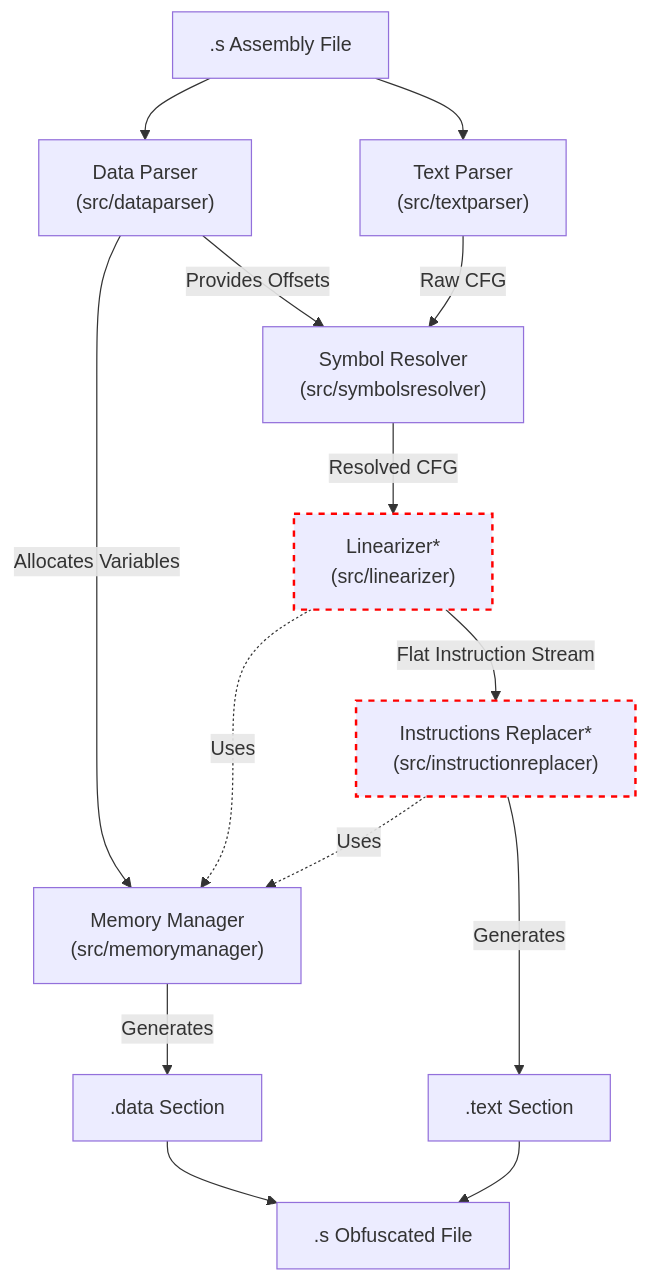
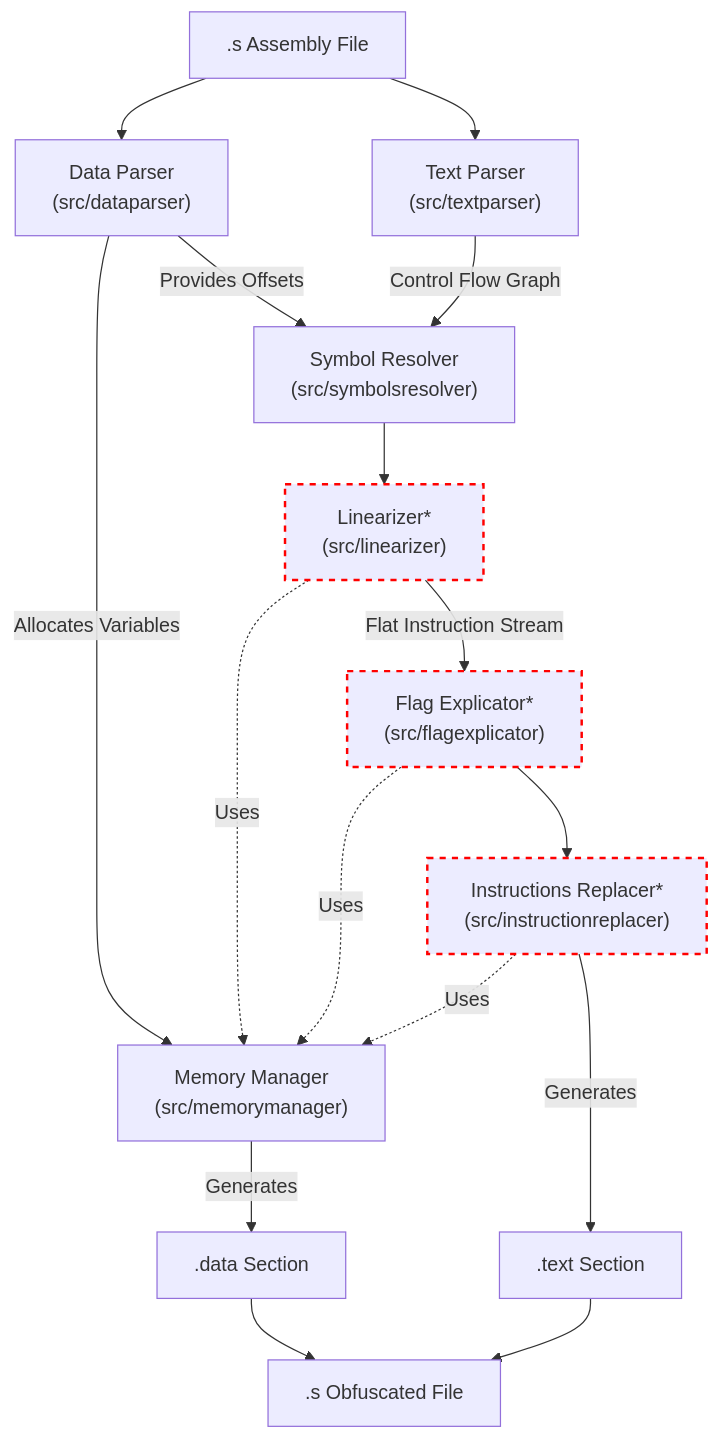
Before and after one commit to atomicul/movfuscator: the diagram in CONTRIBUTING.md, drawn with Mermaid. The commit also changed other lines of this file, not shown here.

````diff
--- a/CONTRIBUTING.md
+++ b/CONTRIBUTING.md
@@ -14,40 +14,43 @@
 ```mermaid
 flowchart TD
     Input[.s Assembly File]
     
     %% Components
     DataParser["Data Parser<br/>(src/dataparser)"]
     TextParser["Text Parser<br/>(src/textparser)"]
     MemoryManager["Memory Manager<br/>(src/memorymanager)"]
     SymbolResolver["Symbol Resolver<br/>(src/symbolsresolver)"]
     
     %% Flow
     Input --> DataParser
     Input --> TextParser
     
     %% Data Parser interactions
     DataParser -- "Allocates Variables" --> MemoryManager
     DataParser -- "Provides Offsets" --> SymbolResolver
     
     %% Text Parser interactions
-    TextParser -- "Raw CFG" --> SymbolResolver
+    TextParser -- "Control Flow Graph" --> SymbolResolver
     
     %% Transformation Phase (Obfuscation Stubs)
-    SymbolResolver -- "Resolved CFG" --> Linearizer["Linearizer*<br/>(src/linearizer)"]
-    Linearizer -- "Flat Instruction Stream" --> InstReplacer["Instructions Replacer*<br/>(src/instructionreplacer)"]
+    SymbolResolver --> Linearizer["Linearizer*<br/>(src/linearizer)"]
+    Linearizer -- "Flat Instruction Stream" --> FlagExplicator["Flag Explicator*<br/>(src/flagexplicator)"]
+    FlagExplicator --> InstReplacer["Instructions Replacer*<br/>(src/instructionreplacer)"]
     
     %% Side dependencies
     Linearizer -. "Uses" .-> MemoryManager
+    FlagExplicator -. "Uses" .-> MemoryManager
     InstReplacer -. "Uses" .-> MemoryManager
     
     %% Final Assembly
     MemoryManager -- "Generates" --> DataSection[".data Section"]
     InstReplacer -- "Generates" --> TextSection[".text Section"]
     
     DataSection --> Output[.s Obfuscated File]
     TextSection --> Output
 
     %% Styling
     style Linearizer stroke:#f00,stroke-width:2px,stroke-dasharray: 5 5
+    style FlagExplicator stroke:#f00,stroke-width:2px,stroke-dasharray: 5 5
     style InstReplacer stroke:#f00,stroke-width:2px,stroke-dasharray: 5 5
 ```
````
